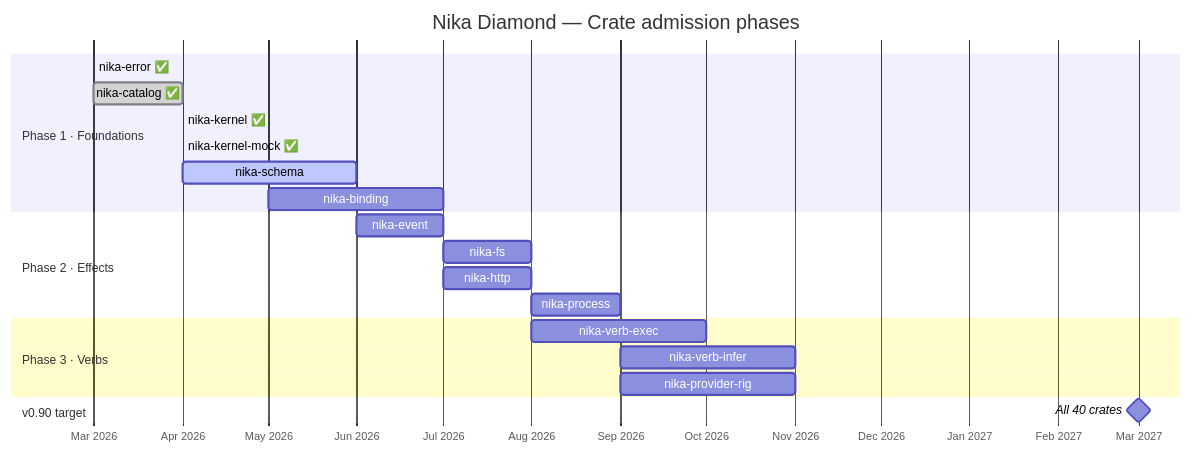
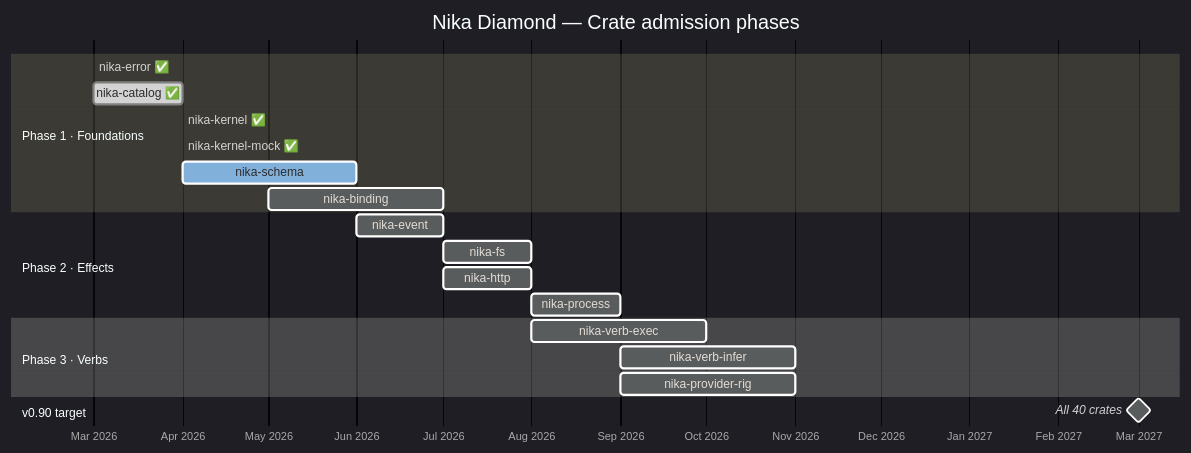
One commit to supernovae-st/nika changed the second of 2 diagrams in docs/mintlify/reference/constellation.mdx. Above: the diagram before and after it, drawn with Mermaid. The commit also changed other lines of this file and 5 other files, not shown here.

First line of the commit message:
docs(mintlify): dark theme diagrams + status page + live numbers

````diff
--- a/docs/mintlify/reference/constellation.mdx
+++ b/docs/mintlify/reference/constellation.mdx
@@ -147,28 +148,29 @@
 ```mermaid
+%%{init: {'theme': 'dark', 'themeVariables': {'background': 'transparent'}}}%%
 gantt
     title Nika Diamond — Crate admission phases
     dateFormat YYYY-MM
     axisFormat %b %Y
 
     section Phase 1 · Foundations
     nika-error ✅          :done, 2026-03, 2026-03
     nika-catalog ✅        :done, 2026-03, 2026-04
     nika-kernel ✅         :done, 2026-04, 2026-04
     nika-kernel-mock ✅    :done, 2026-04, 2026-04
     nika-schema            :active, 2026-04, 2026-06
     nika-binding           :2026-05, 2026-07
 
     section Phase 2 · Effects
     nika-event             :2026-06, 2026-07
     nika-fs                :2026-07, 2026-08
     nika-http              :2026-07, 2026-08
     nika-process           :2026-08, 2026-09
 
     section Phase 3 · Verbs
     nika-verb-exec         :2026-08, 2026-10
     nika-verb-infer        :2026-09, 2026-11
     nika-provider-rig      :2026-09, 2026-11
 
     section v0.90 target
     All 40 crates          :milestone, 2027-03, 0d
 ```
````
